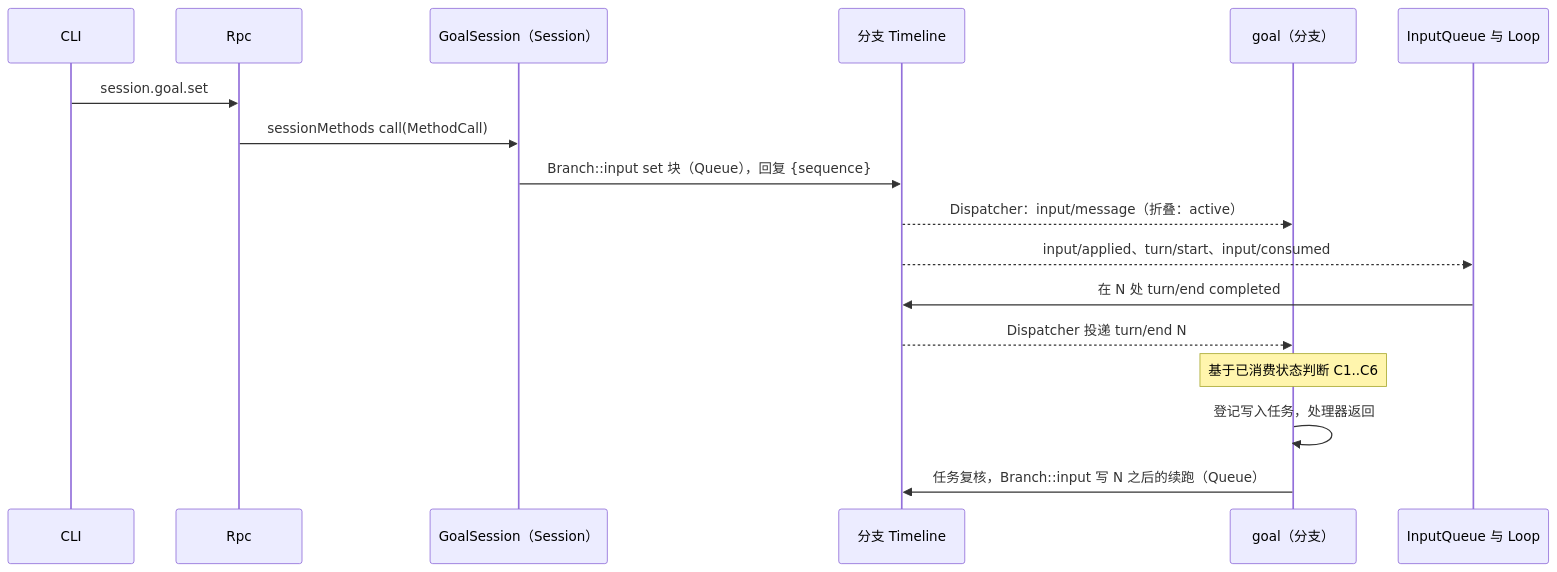
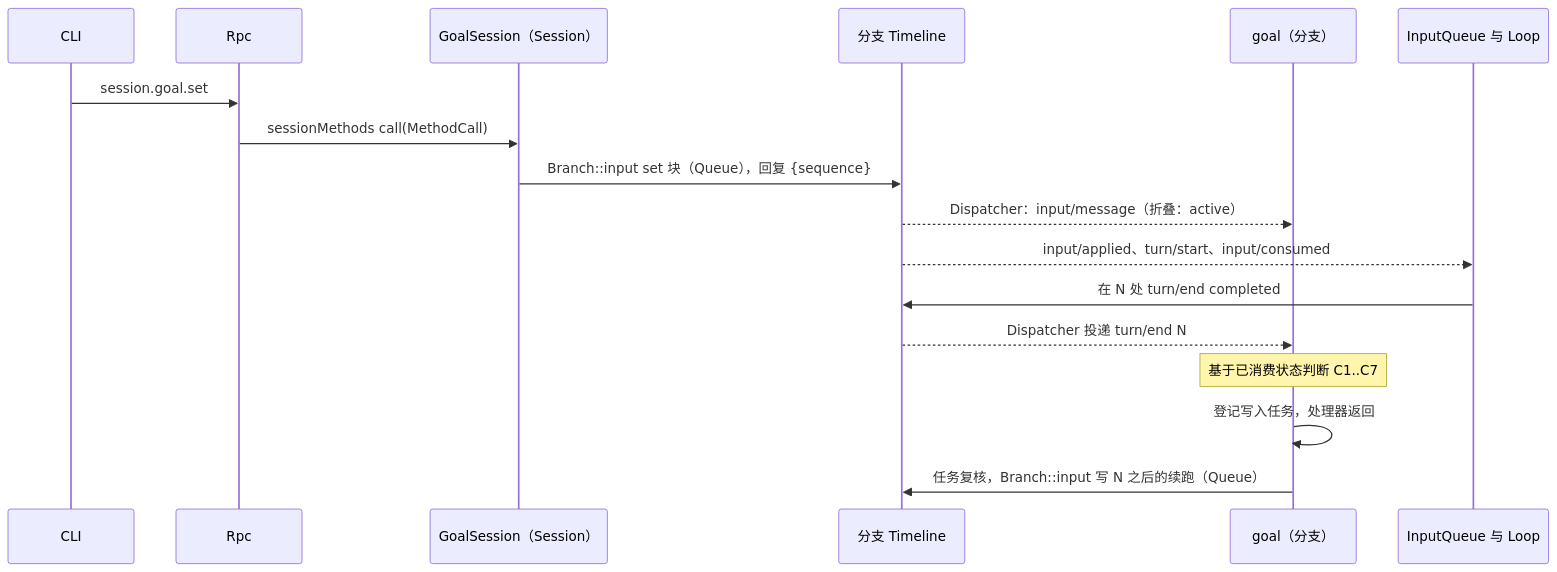
One commit to CoutinhoTTS/dim-agent changed the third of 7 diagrams in docs/zh/design/plugins/Goal.md. Above: the diagram before and after it, drawn with Mermaid. The commit also changed other lines of this file and 14 other files, not shown here.

````diff
--- a/docs/zh/design/plugins/Goal.md
+++ b/docs/zh/design/plugins/Goal.md
@@ -109,19 +110,19 @@
 ```mermaid
 sequenceDiagram
   participant CLI
   participant Rpc
   participant GS as GoalSession（Session）
   participant TL as 分支 Timeline
   participant G as goal（分支）
   participant IQ as InputQueue 与 Loop
   CLI->>Rpc: session.goal.set
   Rpc->>GS: sessionMethods call(MethodCall)
   GS->>TL: Branch::input set 块（Queue），回复 {sequence}
   TL-->>G: Dispatcher：input/message（折叠：active）
   TL-->>IQ: input/applied、turn/start、input/consumed
   IQ->>TL: 在 N 处 turn/end completed
   TL-->>G: Dispatcher 投递 turn/end N
-  Note over G: 基于已消费状态判断 C1..C6
+  Note over G: 基于已消费状态判断 C1..C7
   G->>G: 登记写入任务，处理器返回
   G->>TL: 任务复核，Branch::input 写 N 之后的续跑（Queue）
 ```
````
